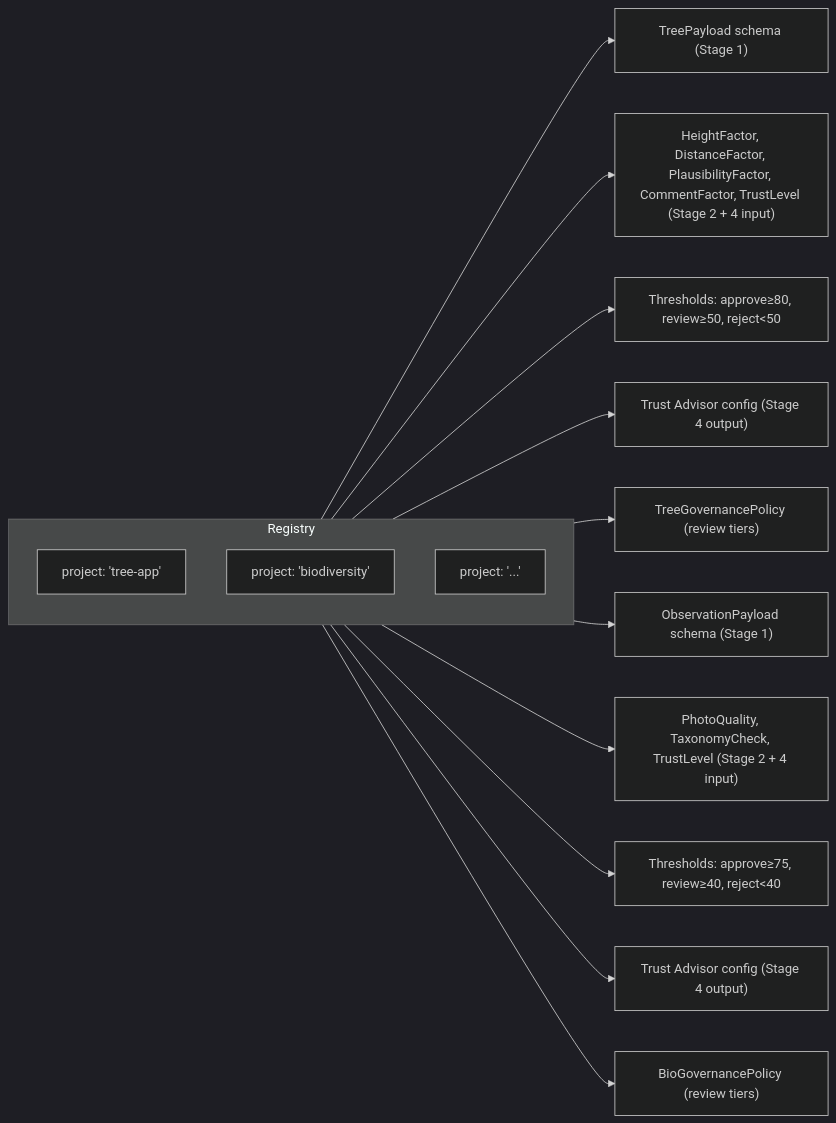
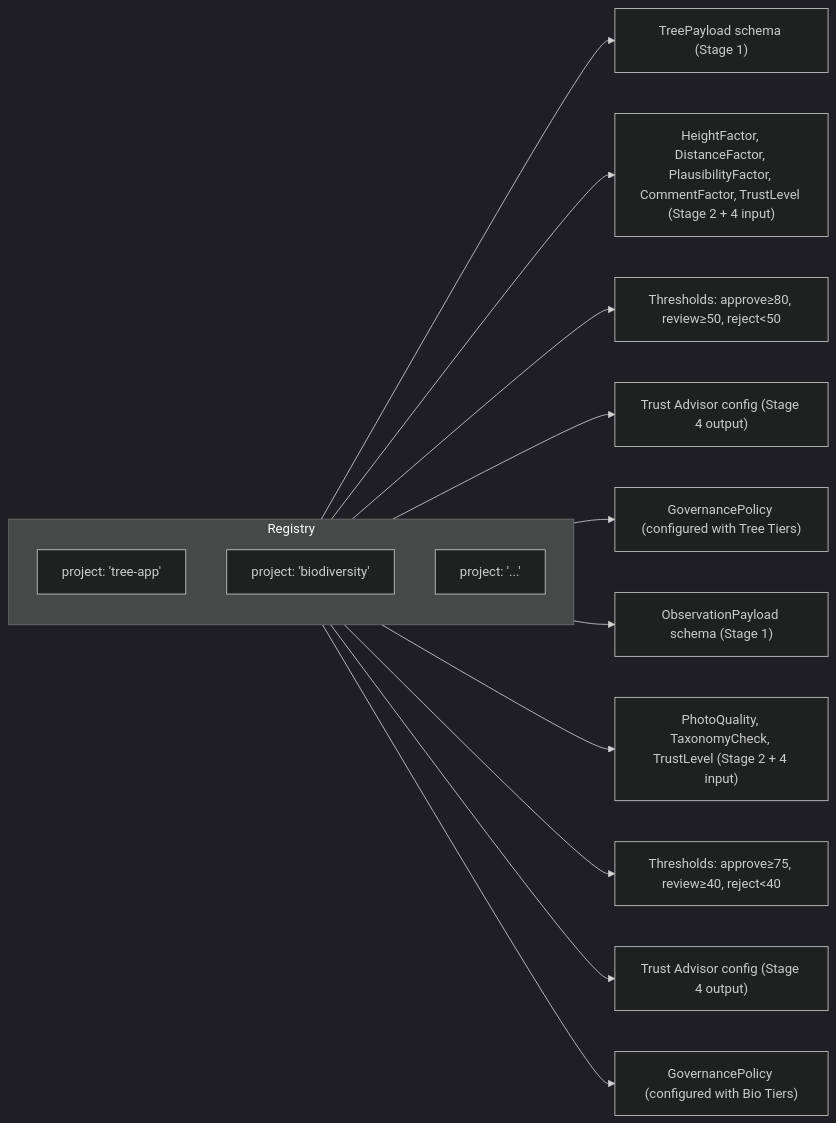
One commit to leyyce/winnow changed the second of 8 diagrams in docs/architecture/02_architecture_patterns.md. Above: the diagram before and after it, drawn with Mermaid (dark theme). The commit also changed other lines of this file and 8 other files, not shown here.

````diff
--- a/docs/architecture/02_architecture_patterns.md
+++ b/docs/architecture/02_architecture_patterns.md
@@ -178,21 +178,21 @@
 ```mermaid
 flowchart LR
     subgraph Registry
         direction TB
         TREE["project: 'tree-app'"]
         BIO["project: 'biodiversity'"]
         FUTURE["project: '...'"]
     end
 
     TREE --> TS["TreePayload schema (Stage 1)"]
     TREE --> TR["HeightFactor, DistanceFactor, PlausibilityFactor, CommentFactor, TrustLevel (Stage 2 + 4 input)"]
     TREE --> TT["Thresholds: approve≥80, review≥50, reject<50"]
     TREE --> TA["Trust Advisor config (Stage 4 output)"]
-    TREE --> TG["TreeGovernancePolicy (review tiers)"]
+    TREE --> TG["GovernancePolicy (configured with Tree Tiers)"]
 
     BIO --> BS["ObservationPayload schema (Stage 1)"]
     BIO --> BR["PhotoQuality, TaxonomyCheck, TrustLevel (Stage 2 + 4 input)"]
     BIO --> BT["Thresholds: approve≥75, review≥40, reject<40"]
     BIO --> BA["Trust Advisor config (Stage 4 output)"]
-    BIO --> BG["BioGovernancePolicy (review tiers)"]
+    BIO --> BG["GovernancePolicy (configured with Bio Tiers)"]
 ```
````
